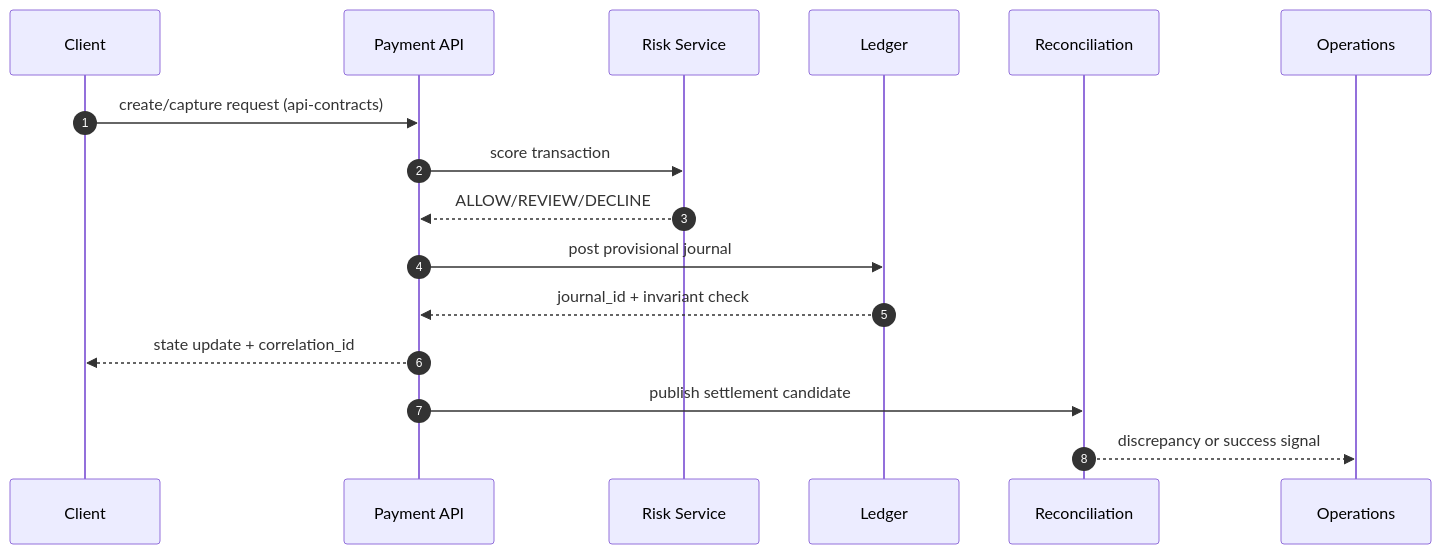
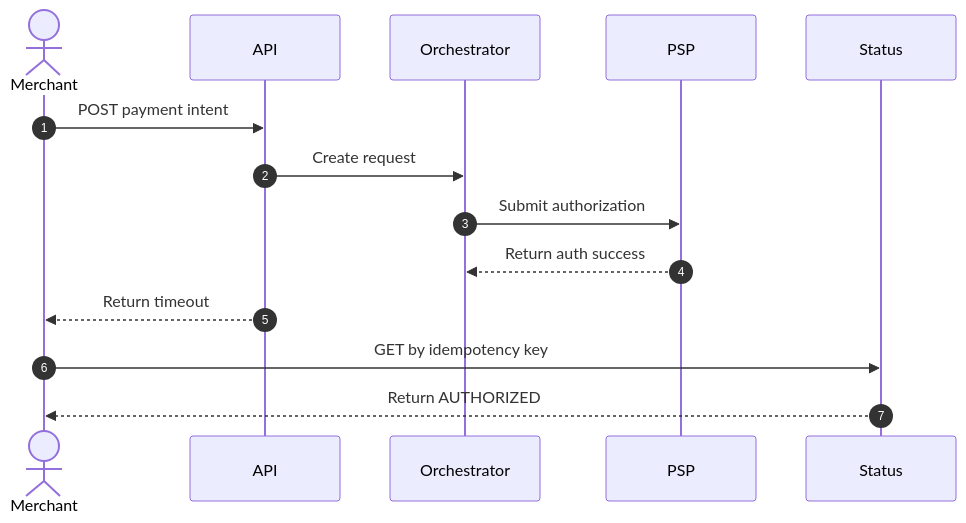
One commit to 0Ankit0/Project-Ideas changed the diagram in Payment Orchestration and Wallet Platform/edge-cases/api-and-ui.md. Above: the diagram before and after it, drawn with Mermaid. The commit also changed other lines of this file and 15 other files, not shown here.

````diff
--- a/Payment Orchestration and Wallet Platform/edge-cases/api-and-ui.md
+++ b/Payment Orchestration and Wallet Platform/edge-cases/api-and-ui.md
@@ -37,19 +32,17 @@
 ```mermaid
 sequenceDiagram
     autonumber
-    participant Client
-    participant API as Payment API
-    participant Risk as Risk Service
-    participant Ledger
-    participant Recon as Reconciliation
-    participant Ops as Operations
+    actor Merchant
+    participant API
+    participant Orchestrator
+    participant PSP
+    participant Status
 
-    Client->>API: create/capture request (api-contracts)
-    API->>Risk: score transaction
-    Risk-->>API: ALLOW/REVIEW/DECLINE
-    API->>Ledger: post provisional journal
-    Ledger-->>API: journal_id + invariant check
-    API-->>Client: state update + correlation_id
-    API->>Recon: publish settlement candidate
-    Recon-->>Ops: discrepancy or success signal
+    Merchant->>API: POST payment intent
+    API->>Orchestrator: Create request
+    Orchestrator->>PSP: Submit authorization
+    PSP-->>Orchestrator: Return auth success
+    API-->>Merchant: Return timeout
+    Merchant->>Status: GET by idempotency key
+    Status-->>Merchant: Return AUTHORIZED
 ```
````
